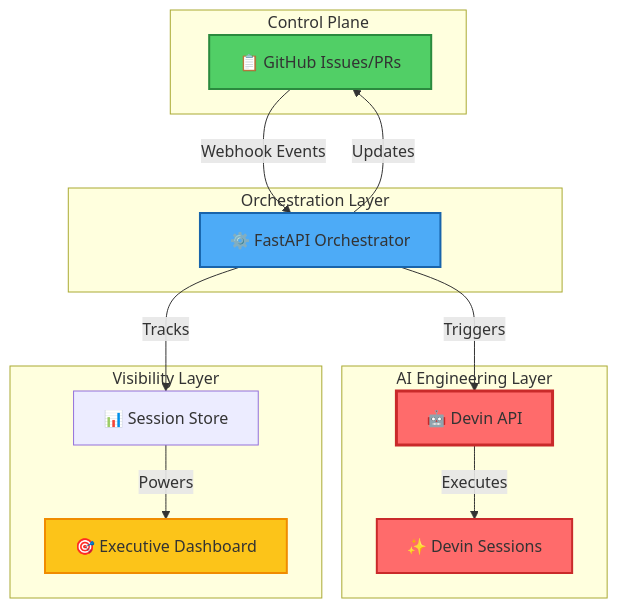
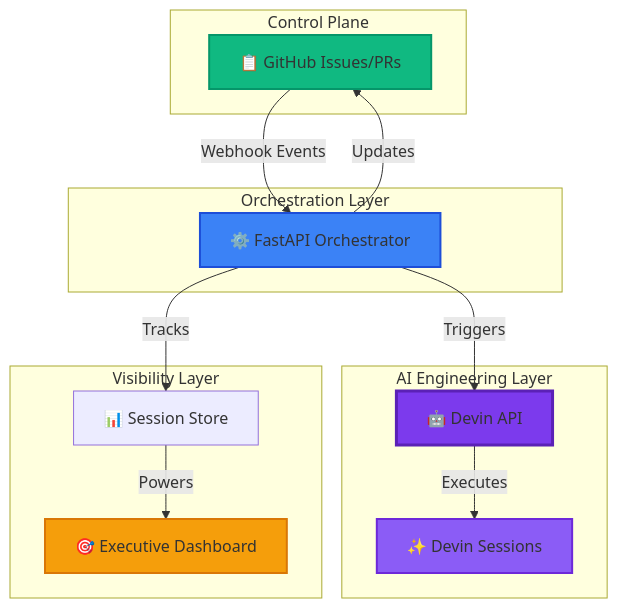
Before and after one commit to emillaurence/agentic-devin-swe-remediation: the diagram in README.md, drawn with Mermaid.

Commit message:
Update architecture diagram colors to Cognition brand template

````diff
--- a/README.md
+++ b/README.md
@@ -25,33 +25,33 @@
 ```mermaid
 graph TB
     subgraph "Control Plane"
         GitHub[📋 GitHub Issues/PRs]
     end
 
     subgraph "Orchestration Layer"
         FastAPI[⚙️ FastAPI Orchestrator]
     end
 
     subgraph "AI Engineering Layer"
         Devin[🤖 Devin API]
         Sessions[✨ Devin Sessions]
     end
 
     subgraph "Visibility Layer"
         Store[📊 Session Store]
         Dashboard[🎯 Executive Dashboard]
     end
 
     GitHub -->|Webhook Events| FastAPI
     FastAPI -->|Triggers| Devin
     Devin -->|Executes| Sessions
     FastAPI -->|Updates| GitHub
     FastAPI -->|Tracks| Store
     Store -->|Powers| Dashboard
 
-    style Devin fill:#ff6b6b,stroke:#c92a2a,stroke-width:3px
-    style Sessions fill:#ff6b6b,stroke:#c92a2a,stroke-width:2px
-    style FastAPI fill:#4dabf7,stroke:#1864ab,stroke-width:2px
-    style GitHub fill:#51cf66,stroke:#2b8a3e,stroke-width:2px
-    style Dashboard fill:#fcc419,stroke:#f08c00,stroke-width:2px
+    style Devin fill:#7c3aed,stroke:#5b21b6,stroke-width:3px
+    style Sessions fill:#8b5cf6,stroke:#6d28d9,stroke-width:2px
+    style FastAPI fill:#3b82f6,stroke:#1d4ed8,stroke-width:2px
+    style GitHub fill:#10b981,stroke:#059669,stroke-width:2px
+    style Dashboard fill:#f59e0b,stroke:#d97706,stroke-width:2px
 ```
````
